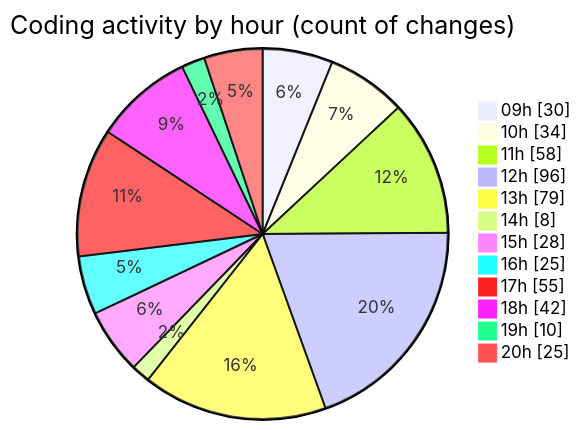
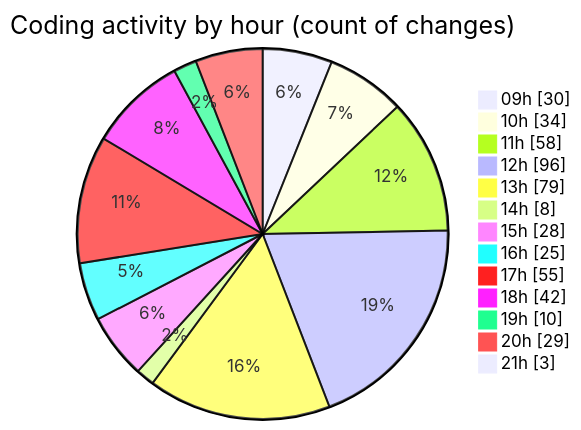
One commit to momahboobian/code-tracking changed the second of 2 diagrams in 2025-04-02/cda/README.md. Above: the diagram before and after it, drawn with Mermaid. The commit also changed other lines of this file and 1 other file, not shown here.

````diff
--- a/2025-04-02/cda/README.md
+++ b/2025-04-02/cda/README.md
@@ -40,16 +40,17 @@
 ```mermaid
 pie showData
 title Coding activity by hour (count of changes)
 "09h" : 30
 "10h" : 34
 "11h" : 58
 "12h" : 96
 "13h" : 79
 "14h" : 8
 "15h" : 28
 "16h" : 25
 "17h" : 55
 "18h" : 42
 "19h" : 10
-"20h" : 25
+"20h" : 29
+"21h" : 3
 ```
````
